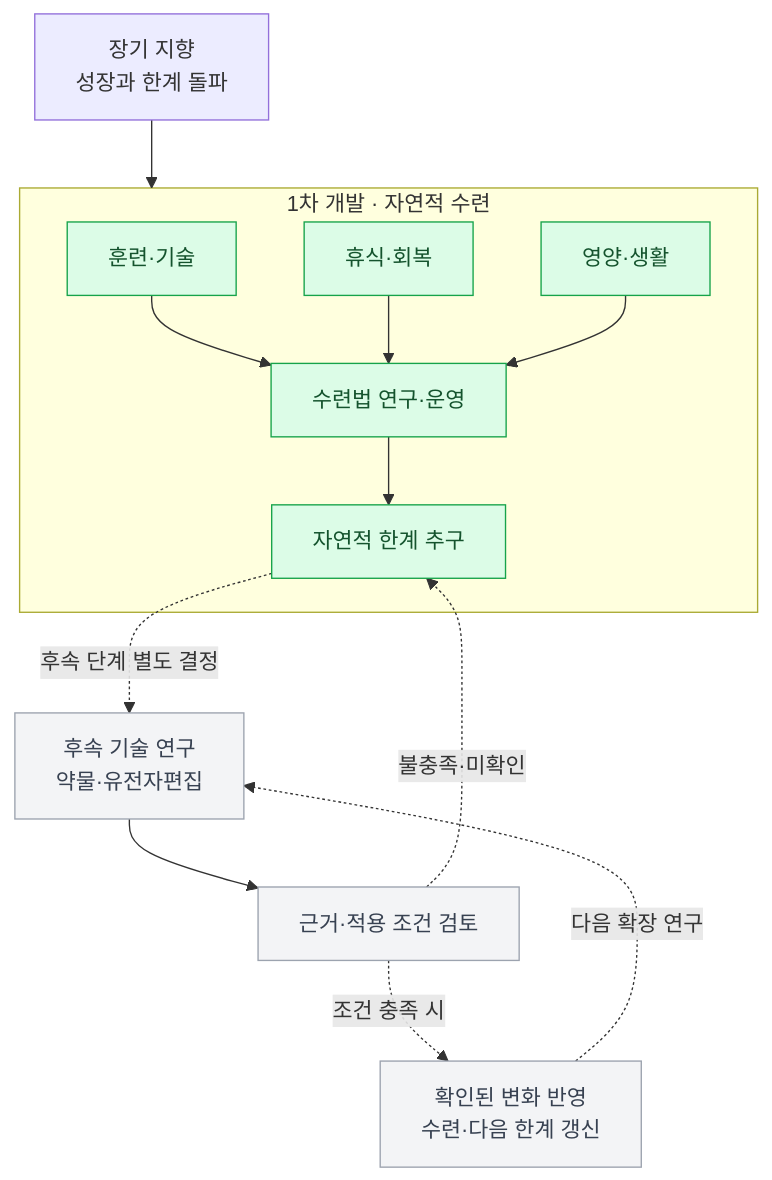
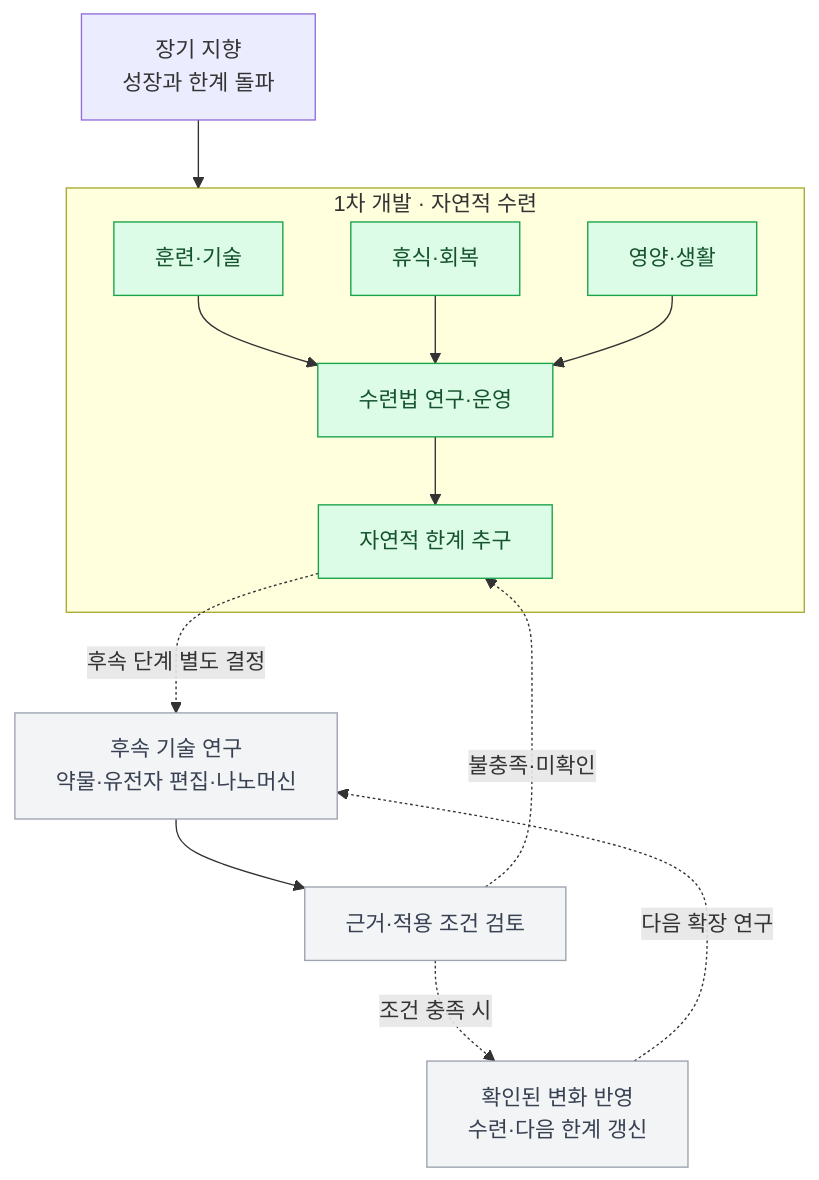
The first of 6 diagrams in docs/SPECIFICATION.md (Rmayana/frontier-research-harness), drawn with Mermaid before and after one commit. The commit also changed other lines of this file, not shown here.

````diff
--- a/docs/SPECIFICATION.md
+++ b/docs/SPECIFICATION.md
@@ -19,25 +28,25 @@
 ```mermaid
 flowchart TD
     G["장기 지향<br/>성장과 한계 돌파"]
     subgraph NOW["1차 개발 · 자연적 수련"]
         T["훈련·기술"]
         R["휴식·회복"]
         N["영양·생활"]
         D["수련법 연구·운영"]
         L["자연적 한계 추구"]
         T & R & N --> D --> L
     end
-    F["후속 기술 연구<br/>약물·유전자편집"]
+    F["후속 기술 연구<br/>약물·유전자 편집·나노머신"]
     V["근거·적용 조건 검토"]
     X["확인된 변화 반영<br/>수련·다음 한계 갱신"]
     G --> NOW
     L -.->|"후속 단계 별도 결정"| F
     F --> V
     V -.->|"조건 충족 시"| X
     V -.->|"불충족·미확인"| L
     X -.->|"다음 확장 연구"| F
     classDef current fill:#dcfce7,stroke:#16a34a,color:#14532d
     classDef future fill:#f3f4f6,stroke:#9ca3af,color:#374151
     class T,R,N,D,L current
     class F,V,X future
 ```
````
